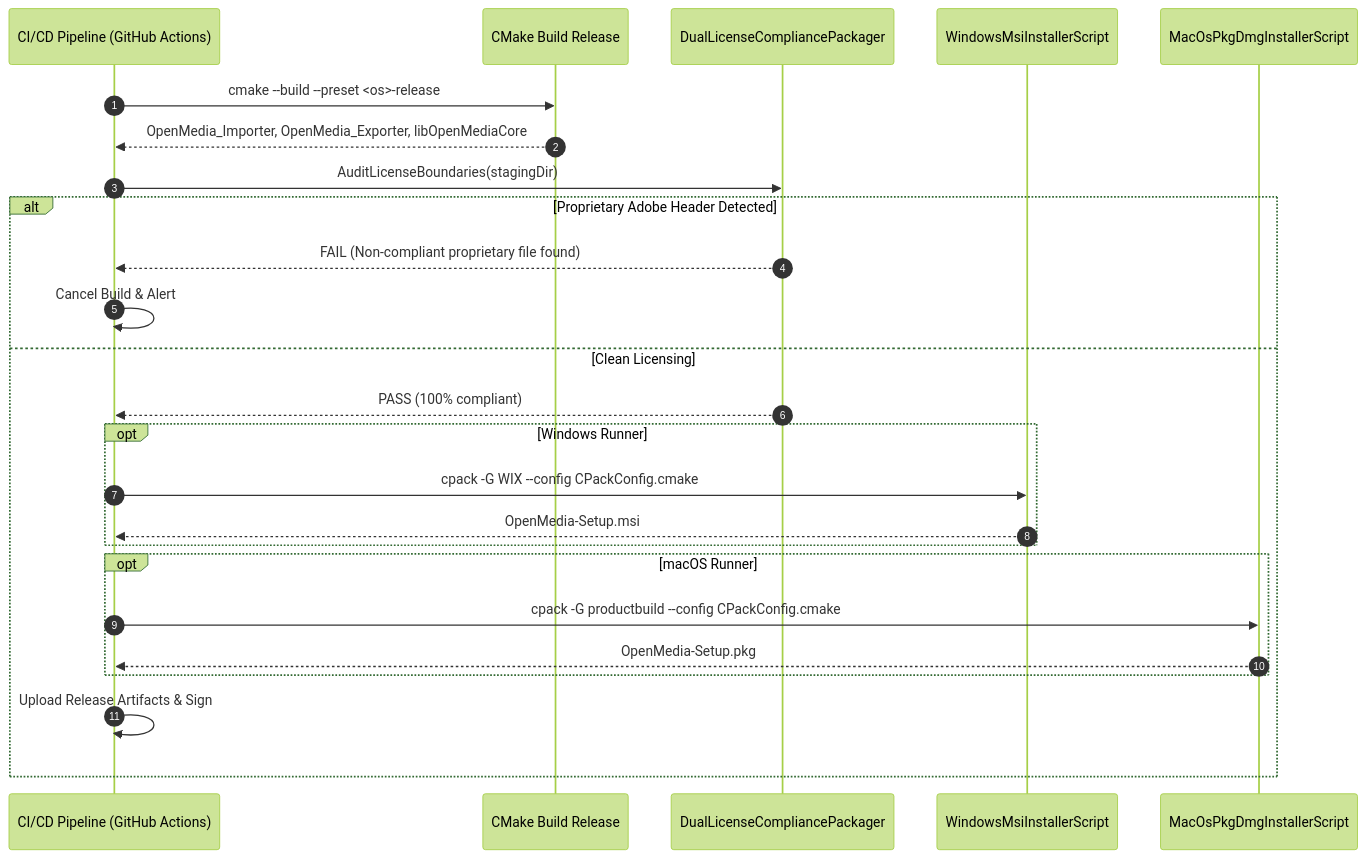
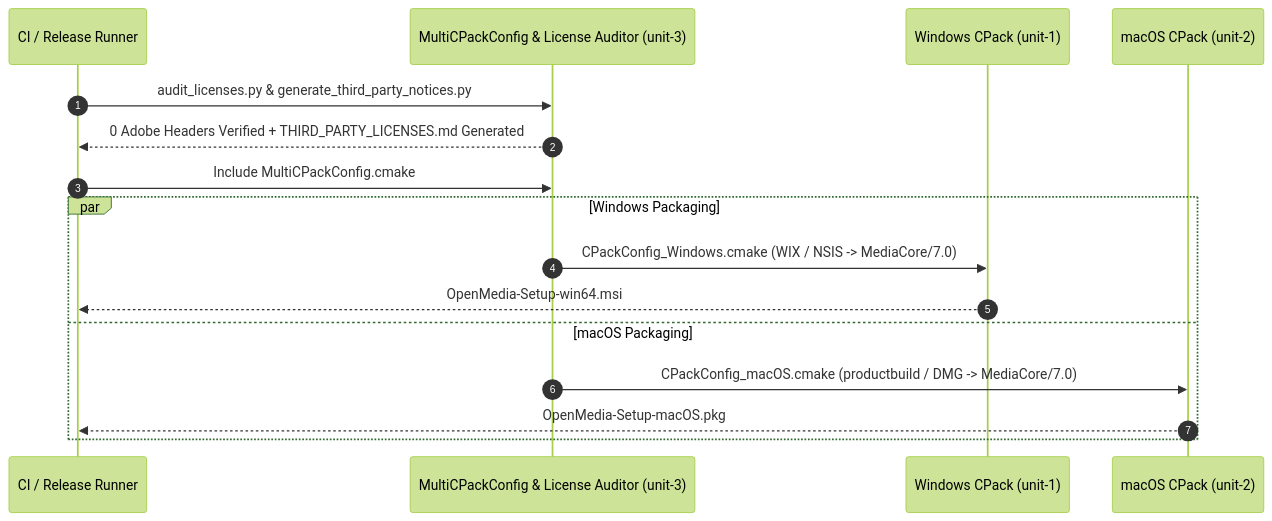
The diagram in docs/user-stories/module-4-integration-qa/us-4.2.0-cpack-distribution-packaging.md (abdelrazekwork72-beep/AV1), drawn with Mermaid (forest theme) before and after one commit. The commit also changed other lines of this file and 15 other files, not shown here.

Commit message:
fix(docs): unify architecture, Premiere Pro SDK protocols, base contracts, and 50 implementation units across all 4 modules and 11 user stories

````diff
--- a/docs/user-stories/module-4-integration-qa/us-4.2.0-cpack-distribution-packaging.md
+++ b/docs/user-stories/module-4-integration-qa/us-4.2.0-cpack-distribution-packaging.md
@@ -105,28 +71,19 @@
 ```mermaid
 sequenceDiagram
     autonumber
-    participant CI as CI/CD Pipeline (GitHub Actions)
-    participant Build as CMake Build Release
-    participant Auditor as DualLicenseCompliancePackager
-    participant CPackWin as WindowsMsiInstallerScript
-    participant CPackMac as MacOsPkgDmgInstallerScript
+    participant CI as CI / Release Runner
+    participant Multi as MultiCPackConfig & License Auditor (unit-3)
+    participant Win as Windows CPack (unit-1)
+    participant Mac as macOS CPack (unit-2)
 
-    CI->>Build: cmake --build --preset <os>-release
-    Build-->>CI: OpenMedia_Importer, OpenMedia_Exporter, libOpenMediaCore
-    CI->>Auditor: AuditLicenseBoundaries(stagingDir)
-    alt Proprietary Adobe Header Detected
-        Auditor-->>CI: FAIL (Non-compliant proprietary file found)
-        CI->>CI: Cancel Build & Alert
-    else Clean Licensing
-        Auditor-->>CI: PASS (100% compliant)
-        opt Windows Runner
-            CI->>CPackWin: cpack -G WIX --config CPackConfig.cmake
-            CPackWin-->>CI: OpenMedia-Setup.msi
-        end
-        opt macOS Runner
-            CI->>CPackMac: cpack -G productbuild --config CPackConfig.cmake
-            CPackMac-->>CI: OpenMedia-Setup.pkg
-        end
-        CI->>CI: Upload Release Artifacts & Sign
+    CI->>Multi: audit_licenses.py & generate_third_party_notices.py
+    Multi-->>CI: 0 Adobe Headers Verified + THIRD_PARTY_LICENSES.md Generated
+    CI->>Multi: Include MultiCPackConfig.cmake
+    par Windows Packaging
+        Multi->>Win: CPackConfig_Windows.cmake (WIX / NSIS -> MediaCore/7.0)
+        Win-->>CI: OpenMedia-Setup-win64.msi
+    and macOS Packaging
+        Multi->>Mac: CPackConfig_macOS.cmake (productbuild / DMG -> MediaCore/7.0)
+        Mac-->>CI: OpenMedia-Setup-macOS.pkg
     end
 ```
````
